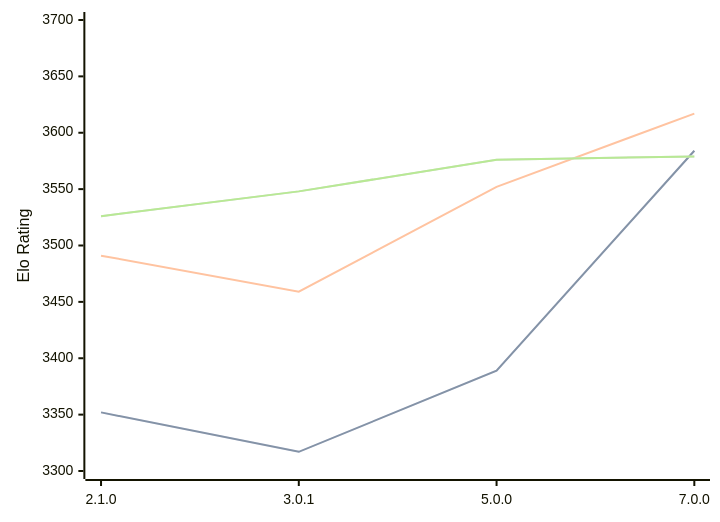
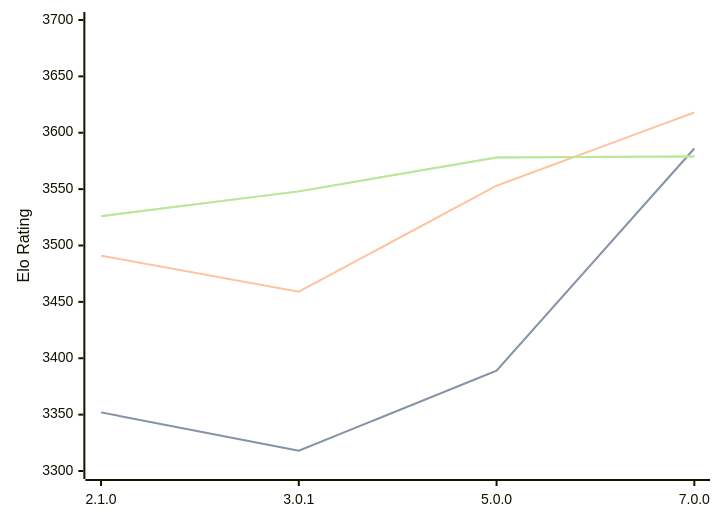
One commit to computer-chess-index/cci changed the diagram in engines/PlentyChess.md. Above: the diagram before and after it, drawn with Mermaid. The commit also changed other lines of this file, not shown here.

Commit message:
Update CCI Ratings (ELO VLTC) - 2026-04-01

````diff
--- a/engines/PlentyChess.md
+++ b/engines/PlentyChess.md
@@ -45,11 +45,11 @@
 ```mermaid
 %%{init: {"theme":"base","themeVariables":{"seriesColors:['#a3a3a3','#222221','#faa371']}}}%%
 xychart-beta
   x-axis ["2.1.0", "3.0.1", "5.0.0", "7.0.0"]
   y-axis "Elo Rating" 3300 --> 3700
-  line "STC (8.0+0.08s)" [3352, 3317, 3389, 3584]
-  line "STC (8.0+0.08s)" [3352, 3317, 3389, 3584]
-  line "LTC (60.0+0.60s)" [3491, 3459, 3552, 3617]
-  line "VLTC (2m24s+1.12s)" [3526, 3548, 3576, 3579]
-  line "VLTC (2m24s+1.12s)" [3526, 3548, 3576, 3579]
+  line "STC (8.0+0.08s)" [3352, 3318, 3389, 3586]
+  line "STC (8.0+0.08s)" [3352, 3318, 3389, 3586]
+  line "LTC (60.0+0.60s)" [3491, 3459, 3553, 3618]
+  line "VLTC (2m24s+1.12s)" [3526, 3548, 3578, 3579]
+  line "VLTC (2m24s+1.12s)" [3526, 3548, 3578, 3579]
 ```
````
